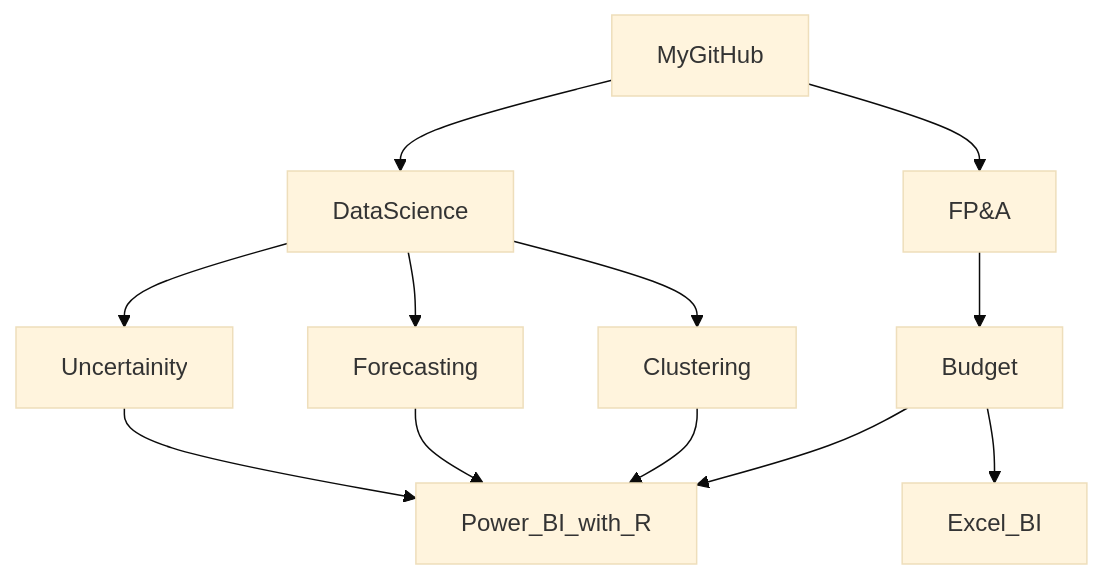
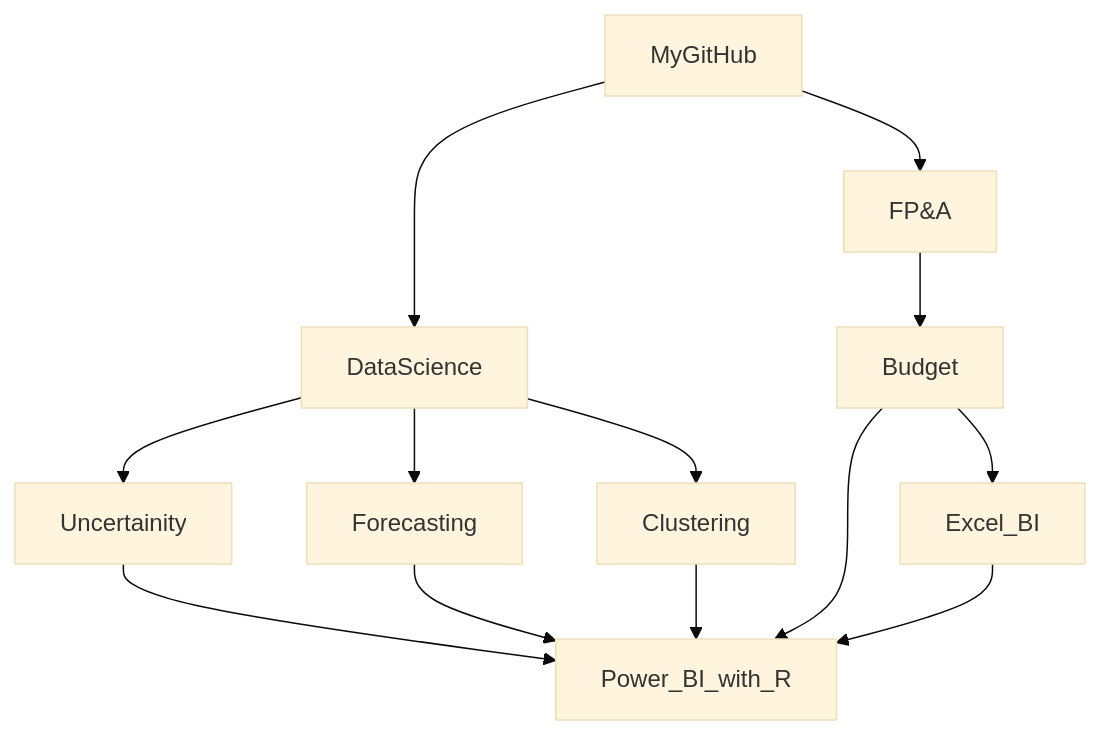
The diagram in README.md (md3629/md3629), drawn with Mermaid (base theme) before and after one commit.

````diff
--- a/README.md
+++ b/README.md
@@ -9,14 +9,15 @@
 ```mermaid
 graph TD;
     MyGitHub-->FP&A;
     FP&A-->Budget;
     MyGitHub-->DataScience;
     DataScience-->Forecasting;
     DataScience-->Clustering;
     DataScience-->Uncertainity;
     Uncertainity-->Power_BI_with_R;
     Forecasting-->Power_BI_with_R;
     Clustering-->Power_BI_with_R;
     Budget-->Power_BI_with_R;
     Budget-->Excel_BI;
+    Excel_BI-->Power_BI_with_R;
 ```
````
